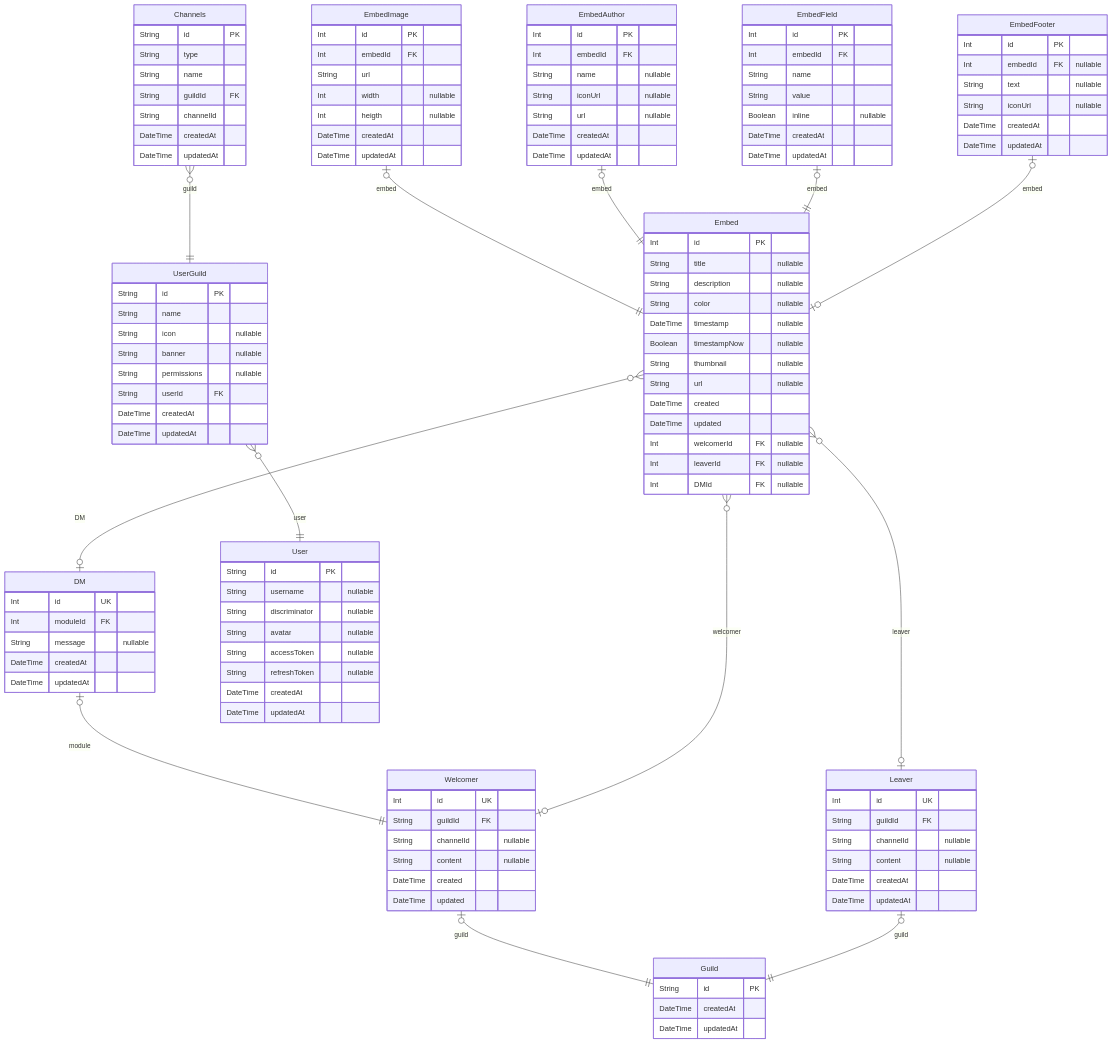
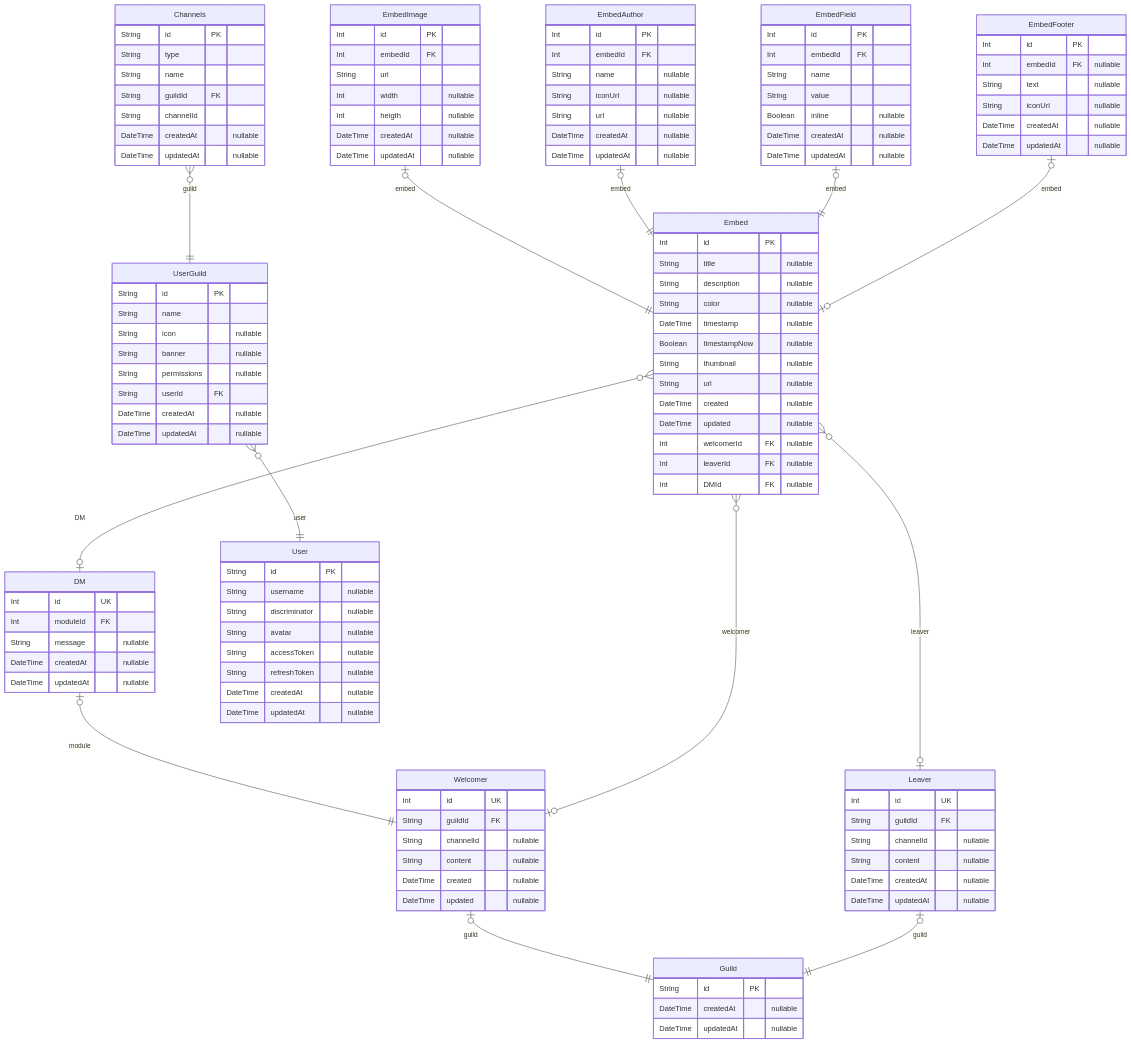
Before and after one commit to Welcomer-Bot/welcomer-client: the diagram in prisma/ERD.md, drawn with Mermaid. The commit also changed 19 other files, not shown here.

```diff
--- a/prisma/ERD.md
+++ b/prisma/ERD.md
@@ -8,31 +8,31 @@
 erDiagram
 "Guild" {
   String id PK
-  DateTime createdAt
-  DateTime updatedAt
+  DateTime createdAt "nullable"
+  DateTime updatedAt "nullable"
 }
 "Welcomer" {
   Int id UK
   String guildId FK
   String channelId "nullable"
   String content "nullable"
-  DateTime created
-  DateTime updated
+  DateTime created "nullable"
+  DateTime updated "nullable"
 }
 "Leaver" {
   Int id UK
   String guildId FK
   String channelId "nullable"
   String content "nullable"
-  DateTime createdAt
-  DateTime updatedAt
+  DateTime createdAt "nullable"
+  DateTime updatedAt "nullable"
 }
 "DM" {
   Int id UK
   Int moduleId FK
   String message "nullable"
-  DateTime createdAt
-  DateTime updatedAt
+  DateTime createdAt "nullable"
+  DateTime updatedAt "nullable"
 }
 "Embed" {
   Int id PK
@@ -43,8 +43,8 @@
   Boolean timestampNow "nullable"
   String thumbnail "nullable"
   String url "nullable"
-  DateTime created
-  DateTime updated
+  DateTime created "nullable"
+  DateTime updated "nullable"
   Int welcomerId FK "nullable"
   Int leaverId FK "nullable"
   Int DMId FK "nullable"
@@ -55,8 +55,8 @@
   String url
   Int width "nullable"
   Int heigth "nullable"
-  DateTime createdAt
-  DateTime updatedAt
+  DateTime createdAt "nullable"
+  DateTime updatedAt "nullable"
 }
 "EmbedAuthor" {
   Int id PK
@@ -64,8 +64,8 @@
   String name "nullable"
   String iconUrl "nullable"
   String url "nullable"
-  DateTime createdAt
-  DateTime updatedAt
+  DateTime createdAt "nullable"
+  DateTime updatedAt "nullable"
 }
 "EmbedField" {
   Int id PK
@@ -73,16 +73,16 @@
   String name
   String value
   Boolean inline "nullable"
-  DateTime createdAt
-  DateTime updatedAt
+  DateTime createdAt "nullable"
+  DateTime updatedAt "nullable"
 }
 "EmbedFooter" {
   Int id PK
   Int embedId FK "nullable"
   String text "nullable"
   String iconUrl "nullable"
-  DateTime createdAt
-  DateTime updatedAt
+  DateTime createdAt "nullable"
+  DateTime updatedAt "nullable"
 }
 "User" {
   String id PK
@@ -91,8 +91,8 @@
   String avatar "nullable"
   String accessToken "nullable"
   String refreshToken "nullable"
-  DateTime createdAt
-  DateTime updatedAt
+  DateTime createdAt "nullable"
+  DateTime updatedAt "nullable"
 }
 "UserGuild" {
   String id PK
@@ -101,8 +101,8 @@
   String banner "nullable"
   String permissions "nullable"
   String userId FK
-  DateTime createdAt
-  DateTime updatedAt
+  DateTime createdAt "nullable"
+  DateTime updatedAt "nullable"
 }
 "Channels" {
   String id PK
@@ -110,8 +110,8 @@
   String name
   String guildId FK
   String channelId
-  DateTime createdAt
-  DateTime updatedAt
+  DateTime createdAt "nullable"
+  DateTime updatedAt "nullable"
 }
 "Welcomer" |o--|| "Guild" : guild
 "Leaver" |o--|| "Guild" : guild
```
